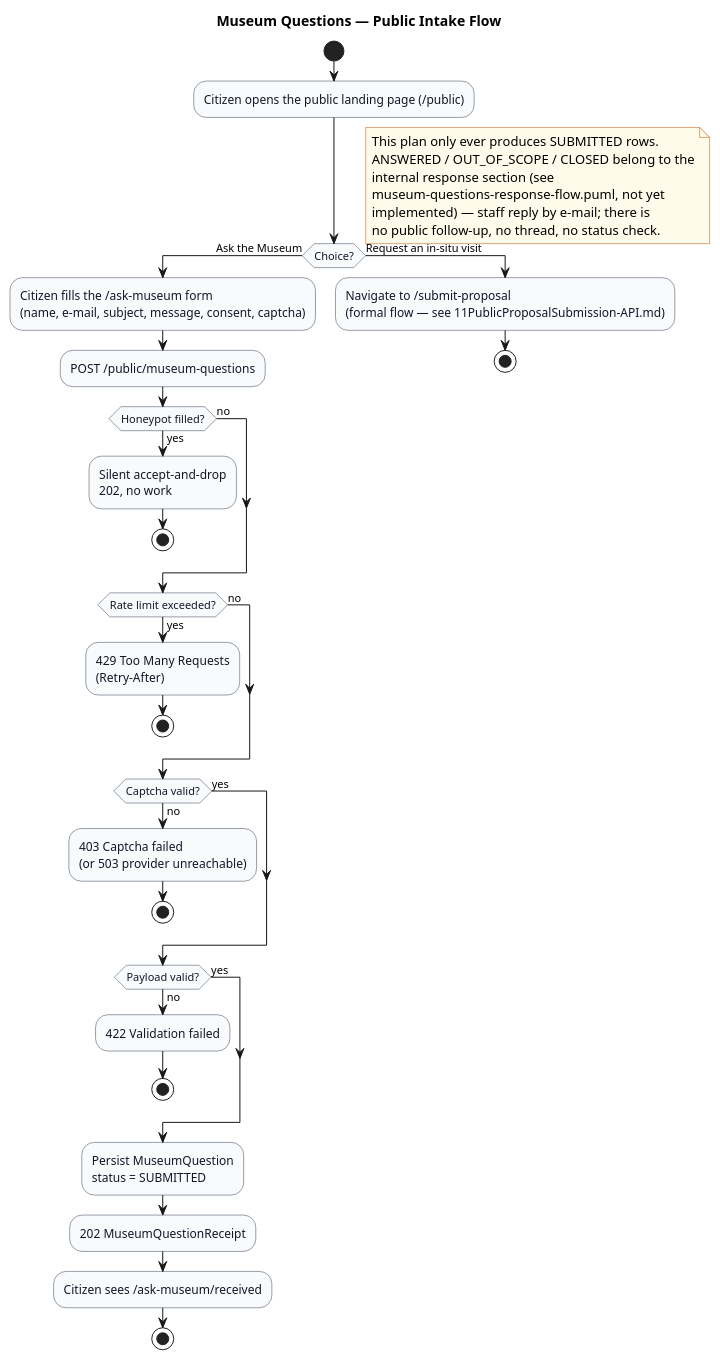
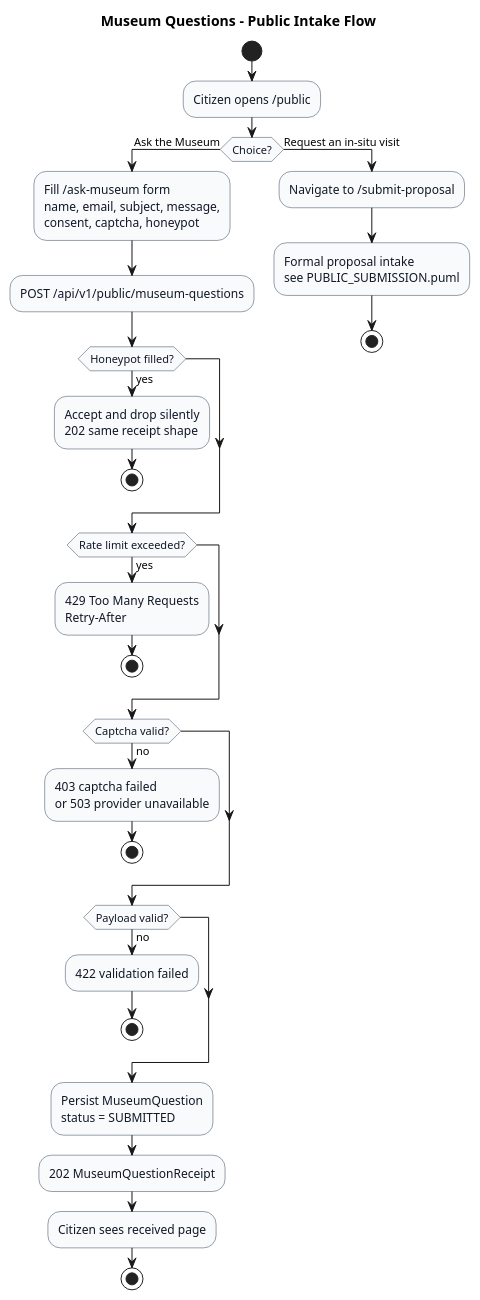
One commit to marcosduchinski/vitarerum changed the diagram in docs/diagrams/museum-questions-public-flow.puml. Above: the diagram before and after it, drawn with PlantUML. The commit also changed 22 other files, not shown here.

```diff
--- a/docs/diagrams/museum-questions-public-flow.puml
+++ b/docs/diagrams/museum-questions-public-flow.puml
@@ -1,65 +1,52 @@
 @startuml museum-questions-public-flow
-title Museum Questions — Public Intake Flow
+title Museum Questions - Public Intake Flow
 
 skinparam shadowing false
 skinparam activity {
   BackgroundColor #F8FAFC
   BorderColor #334155
   FontColor #111827
 }
 skinparam note {
   BackgroundColor #FFFBEB
   BorderColor #B45309
 }
 
 start
-:Citizen opens the public landing page (/public);
+:Citizen opens /public;
 
 if (Choice?) then (Ask the Museum)
-  :Citizen fills the /ask-museum form\n(name, e-mail, subject, message, consent, captcha);
-  :POST /public/museum-questions;
+  :Fill /ask-museum form\nname, email, subject, message,\nconsent, captcha, honeypot;
+  :POST /api/v1/public/museum-questions;
 
   if (Honeypot filled?) then (yes)
-    :Silent accept-and-drop\n202, no work;
+    :Accept and drop silently\n202 same receipt shape;
     stop
-  else (no)
   endif
 
   if (Rate limit exceeded?) then (yes)
-    :429 Too Many Requests\n(Retry-After);
+    :429 Too Many Requests\nRetry-After;
     stop
-  else (no)
   endif
 
   if (Captcha valid?) then (no)
-    :403 Captcha failed\n(or 503 provider unreachable);
+    :403 captcha failed\nor 503 provider unavailable;
     stop
-  else (yes)
   endif
 
   if (Payload valid?) then (no)
-    :422 Validation failed;
+    :422 validation failed;
     stop
-  else (yes)
   endif
 
   :Persist MuseumQuestion\nstatus = SUBMITTED;
   :202 MuseumQuestionReceipt;
-  :Citizen sees /ask-museum/received;
+  :Citizen sees received page;
   stop
-
 else (Request an in-situ visit)
-  :Navigate to /submit-proposal\n(formal flow — see 11PublicProposalSubmission-API.md);
+  :Navigate to /submit-proposal;
+  :Formal proposal intake\nsee PUBLIC_SUBMISSION.puml;
   stop
 endif
 
-note right
-  This plan only ever produces SUBMITTED rows.
-  ANSWERED / OUT_OF_SCOPE / CLOSED belong to the
-  internal response section (see
-  museum-questions-response-flow.puml, not yet
-  implemented) — staff reply by e-mail; there is
-  no public follow-up, no thread, no status check.
-end note
-
 @enduml
```
